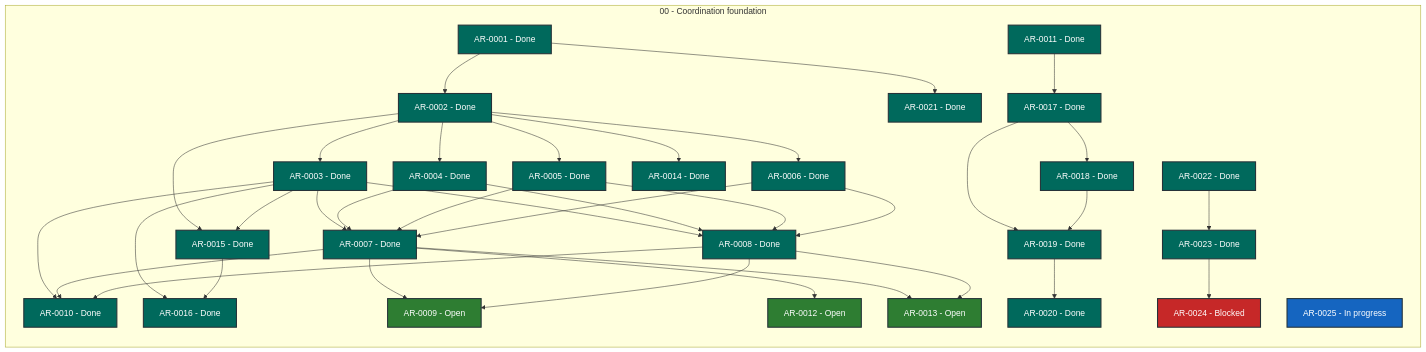
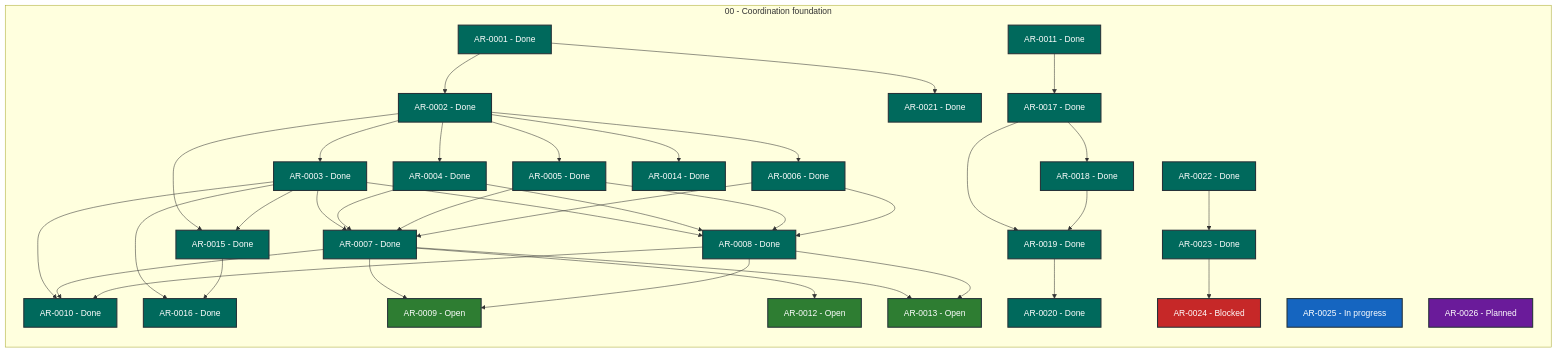
The diagram in STATUS.md (martin-beck/agent-workflow-coordinator-state), drawn with Mermaid before and after one commit. The commit also changed other lines of this file and 2 other files, not shown here.

````diff
--- a/STATUS.md
+++ b/STATUS.md
@@ -27,73 +27,74 @@
 ```mermaid
 flowchart LR
     subgraph series_00["00 - Coordination foundation"]
         direction TB
         AR_0001["AR-0001 - Done"]:::status_done
         AR_0002["AR-0002 - Done"]:::status_done
         AR_0003["AR-0003 - Done"]:::status_done
         AR_0004["AR-0004 - Done"]:::status_done
         AR_0005["AR-0005 - Done"]:::status_done
         AR_0006["AR-0006 - Done"]:::status_done
         AR_0007["AR-0007 - Done"]:::status_done
         AR_0008["AR-0008 - Done"]:::status_done
         AR_0009["AR-0009 - Open"]:::status_open
         AR_0010["AR-0010 - Done"]:::status_done
         AR_0011["AR-0011 - Done"]:::status_done
         AR_0012["AR-0012 - Open"]:::status_open
         AR_0013["AR-0013 - Open"]:::status_open
         AR_0014["AR-0014 - Done"]:::status_done
         AR_0015["AR-0015 - Done"]:::status_done
         AR_0016["AR-0016 - Done"]:::status_done
         AR_0017["AR-0017 - Done"]:::status_done
         AR_0018["AR-0018 - Done"]:::status_done
         AR_0019["AR-0019 - Done"]:::status_done
         AR_0020["AR-0020 - Done"]:::status_done
         AR_0021["AR-0021 - Done"]:::status_done
         AR_0022["AR-0022 - Done"]:::status_done
         AR_0023["AR-0023 - Done"]:::status_done
         AR_0024["AR-0024 - Blocked"]:::status_blocked
         AR_0025["AR-0025 - In progress"]:::status_in_progress
+        AR_0026["AR-0026 - Planned"]:::status_planned
     end
     AR_0001 --> AR_0002
     AR_0001 --> AR_0021
     AR_0002 --> AR_0003
     AR_0002 --> AR_0004
     AR_0002 --> AR_0005
     AR_0002 --> AR_0006
     AR_0002 --> AR_0014
     AR_0002 --> AR_0015
     AR_0003 --> AR_0007
     AR_0003 --> AR_0008
     AR_0003 --> AR_0010
     AR_0003 --> AR_0015
     AR_0003 --> AR_0016
     AR_0004 --> AR_0007
     AR_0004 --> AR_0008
     AR_0005 --> AR_0007
     AR_0005 --> AR_0008
     AR_0006 --> AR_0007
     AR_0006 --> AR_0008
     AR_0007 --> AR_0009
     AR_0007 --> AR_0010
     AR_0007 --> AR_0012
     AR_0007 --> AR_0013
     AR_0008 --> AR_0009
     AR_0008 --> AR_0010
     AR_0008 --> AR_0013
     AR_0011 --> AR_0017
     AR_0015 --> AR_0016
     AR_0017 --> AR_0018
     AR_0017 --> AR_0019
     AR_0018 --> AR_0019
     AR_0019 --> AR_0020
     AR_0022 --> AR_0023
     AR_0023 --> AR_0024
     classDef status_in_progress fill:#1565c0,color:#ffffff,stroke:#263238,stroke-width:2px
     classDef status_open fill:#2e7d32,color:#ffffff,stroke:#263238,stroke-width:2px
     classDef status_blocked fill:#c62828,color:#ffffff,stroke:#263238,stroke-width:2px
     classDef status_planned fill:#6a1b9a,color:#ffffff,stroke:#263238,stroke-width:2px
     classDef status_future fill:#455a64,color:#ffffff,stroke:#263238,stroke-width:2px
     classDef status_done fill:#00695c,color:#ffffff,stroke:#263238,stroke-width:2px
     classDef status_cancelled fill:#616161,color:#ffffff,stroke:#263238,stroke-width:2px
     classDef status_superseded fill:#5d4037,color:#ffffff,stroke:#263238,stroke-width:2px
 ```
````
